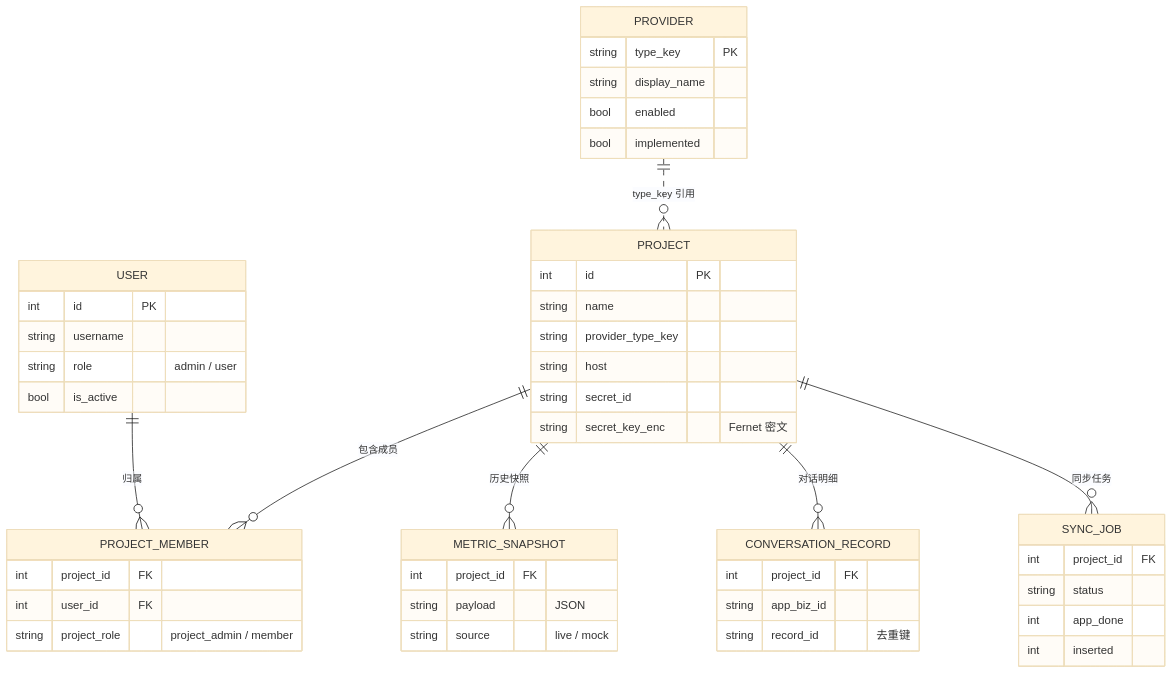
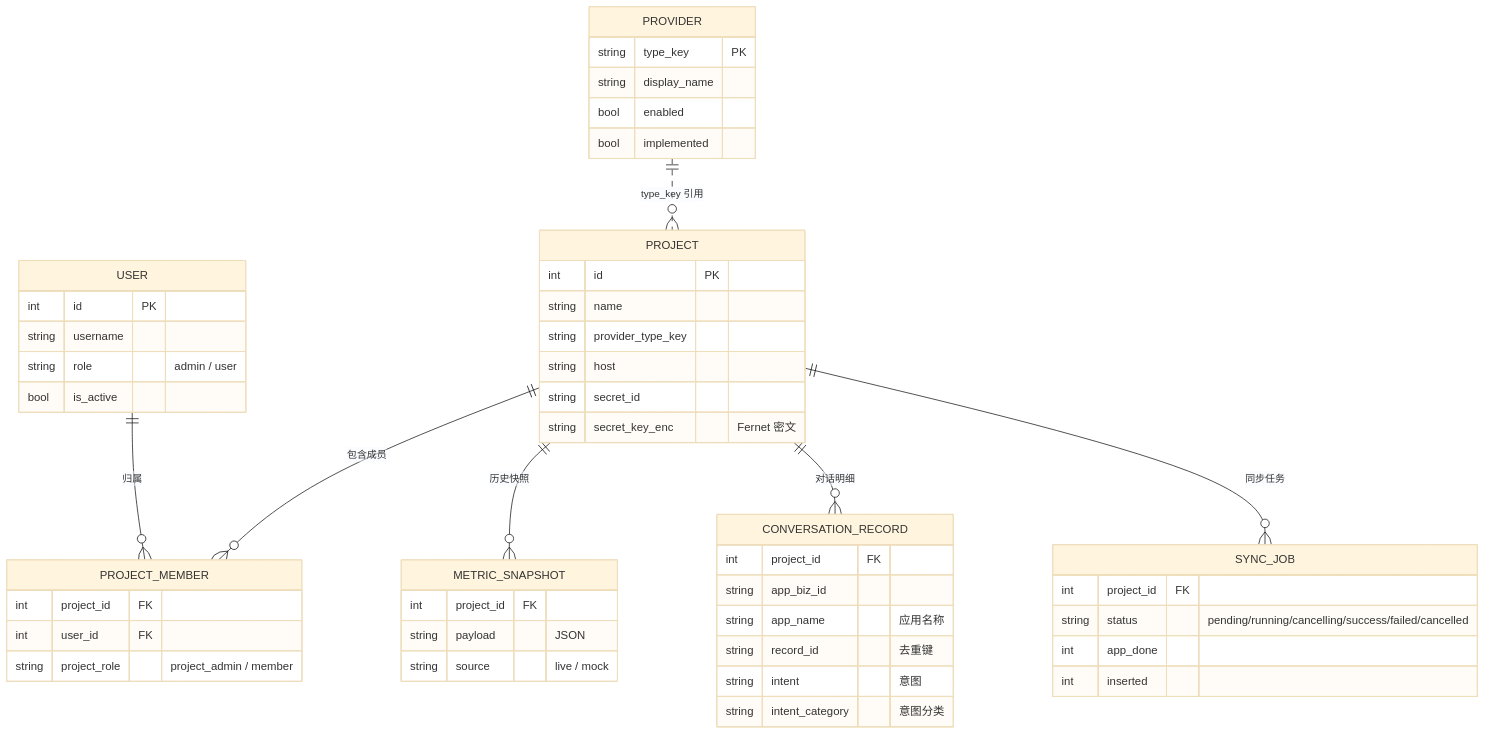
One commit to yaoice/agent-hub changed the fourth of 4 diagrams in README.md. Above: the diagram before and after it, drawn with Mermaid (base theme). The commit also changed other lines of this file and 26 other files, not shown here.

````diff
--- a/README.md
+++ b/README.md
@@ -166,51 +174,54 @@
 ```mermaid
 erDiagram
     USER ||--o{ PROJECT_MEMBER : "归属"
     PROJECT ||--o{ PROJECT_MEMBER : "包含成员"
     PROJECT ||--o{ METRIC_SNAPSHOT : "历史快照"
     PROJECT ||--o{ CONVERSATION_RECORD : "对话明细"
     PROJECT ||--o{ SYNC_JOB : "同步任务"
     PROVIDER ||..o{ PROJECT : "type_key 引用"
 
     USER {
         int id PK
         string username
         string role "admin / user"
         bool is_active
     }
     PROVIDER {
         string type_key PK
         string display_name
         bool enabled
         bool implemented
     }
     PROJECT {
         int id PK
         string name
         string provider_type_key
         string host
         string secret_id
         string secret_key_enc "Fernet 密文"
     }
     PROJECT_MEMBER {
         int project_id FK
         int user_id FK
         string project_role "project_admin / member"
     }
     METRIC_SNAPSHOT {
         int project_id FK
         string payload "JSON"
         string source "live / mock"
     }
     CONVERSATION_RECORD {
         int project_id FK
         string app_biz_id
+        string app_name "应用名称"
         string record_id "去重键"
+        string intent "意图"
+        string intent_category "意图分类"
     }
     SYNC_JOB {
         int project_id FK
-        string status
+        string status "pending/running/cancelling/success/failed/cancelled"
         int app_done
         int inserted
     }
 ```
````
